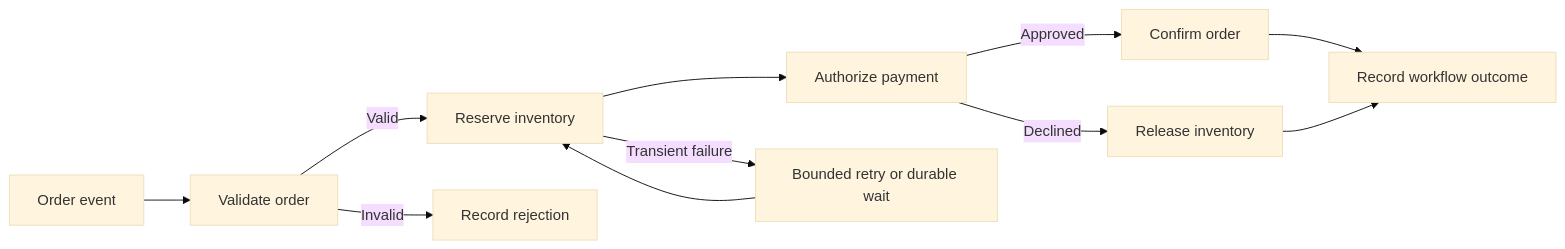
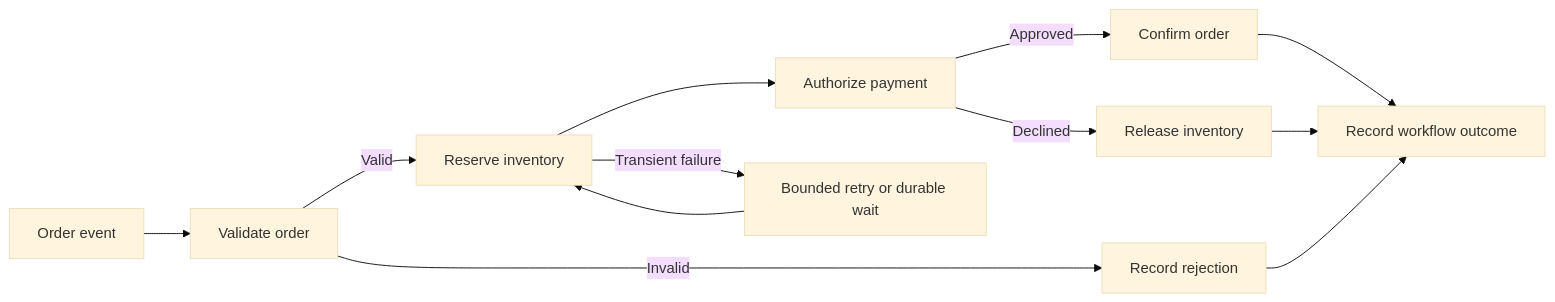
Before and after one commit to joydasss/Architect: the eighth of 11 diagrams in 20_Architecture_Patterns/CH08_Serverless.md, drawn with Mermaid (base theme). The commit also changed other lines of this file and 295 other files, not shown here.

````diff
--- a/20_Architecture_Patterns/CH08_Serverless.md
+++ b/20_Architecture_Patterns/CH08_Serverless.md
@@ -69,13 +715,14 @@
 ```mermaid
 flowchart LR
-    Start[Order event] --> Validate[Validate order]
-    Validate -->|Valid| Reserve[Reserve inventory]
-    Validate -->|Invalid| Reject[Record rejection]
-    Reserve --> Payment[Authorize payment]
-    Payment -->|Approved| Confirm[Confirm order]
-    Payment -->|Declined| Release[Release inventory]
-    Reserve -->|Transient failure| Retry[Bounded retry or durable wait]
+    Start["Order event"] --> Validate["Validate order"]
+    Validate -->|Valid| Reserve["Reserve inventory"]
+    Validate -->|Invalid| Reject["Record rejection"]
+    Reserve --> Payment["Authorize payment"]
+    Payment -->|Approved| Confirm["Confirm order"]
+    Payment -->|Declined| Release["Release inventory"]
+    Reserve -->|Transient failure| Retry["Bounded retry or durable wait"]
     Retry --> Reserve
-    Confirm --> Audit[Record workflow outcome]
+    Confirm --> Audit["Record workflow outcome"]
     Release --> Audit
+    Reject --> Audit
 ```
````
